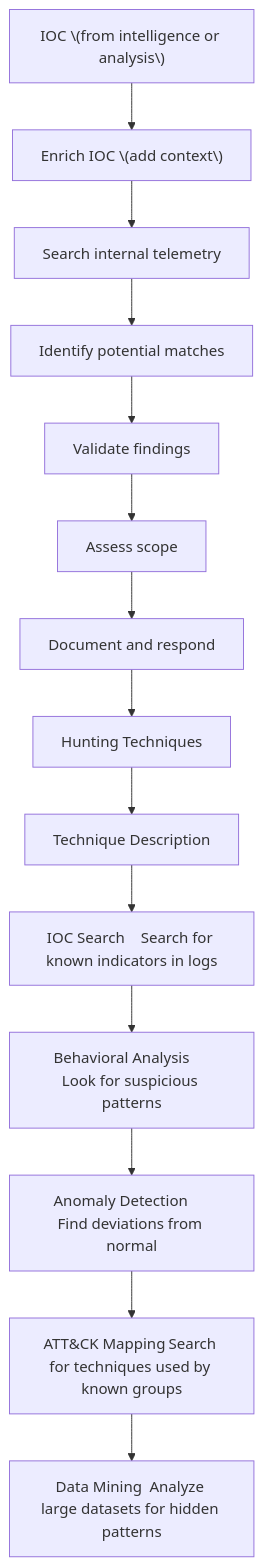
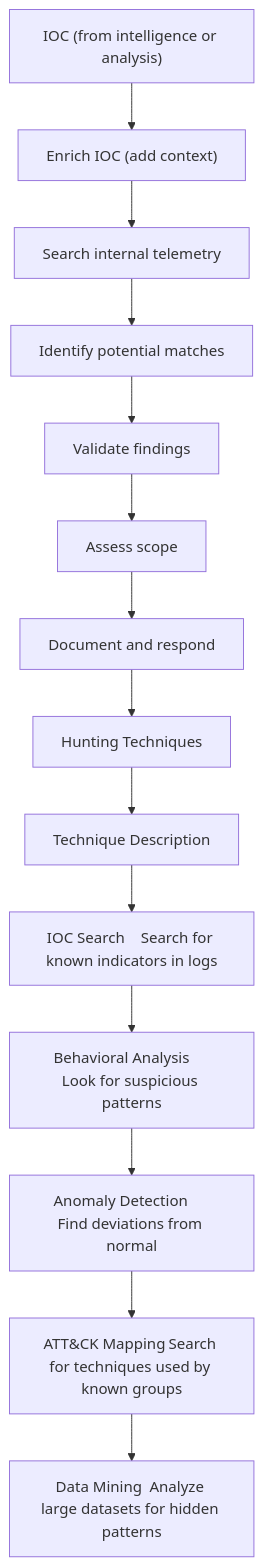
Before and after one commit to vishalkumar28/SOC-Training: the diagram in src/data/content/day2/ioc-threat-hunting-enrichment.md, drawn with Mermaid. The commit also changed other lines of this file and 4 other files, not shown here.

Commit message:
feat: add Day 2 curriculum content including MITRE ATT&CK mapping, threat actor profiling, and Mermaid diagram component

````diff
--- a/src/data/content/day2/ioc-threat-hunting-enrichment.md
+++ b/src/data/content/day2/ioc-threat-hunting-enrichment.md
@@ -26,17 +26,17 @@
 ```mermaid
 graph TD
-    A["IOC \(from intelligence or analysis\)"]
-    A --> B["Enrich IOC \(add context\)"]
+    A["IOC (from intelligence or analysis)"]
+    A --> B["Enrich IOC (add context)"]
     B --> C["Search internal telemetry"]
     C --> D["Identify potential matches"]
     D --> E["Validate findings"]
     E --> F["Assess scope"]
     F --> G["Document and respond"]
     G --> H["Hunting Techniques"]
     H --> I["Technique	Description"]
     I --> J["IOC Search	Search for known indicators in logs"]
     J --> K["Behavioral Analysis	Look for suspicious patterns"]
     K --> L["Anomaly Detection	Find deviations from normal"]
     L --> M["ATT&CK Mapping	Search for techniques used by known groups"]
     M --> N["Data Mining	Analyze large datasets for hidden patterns"]
 ```
````
